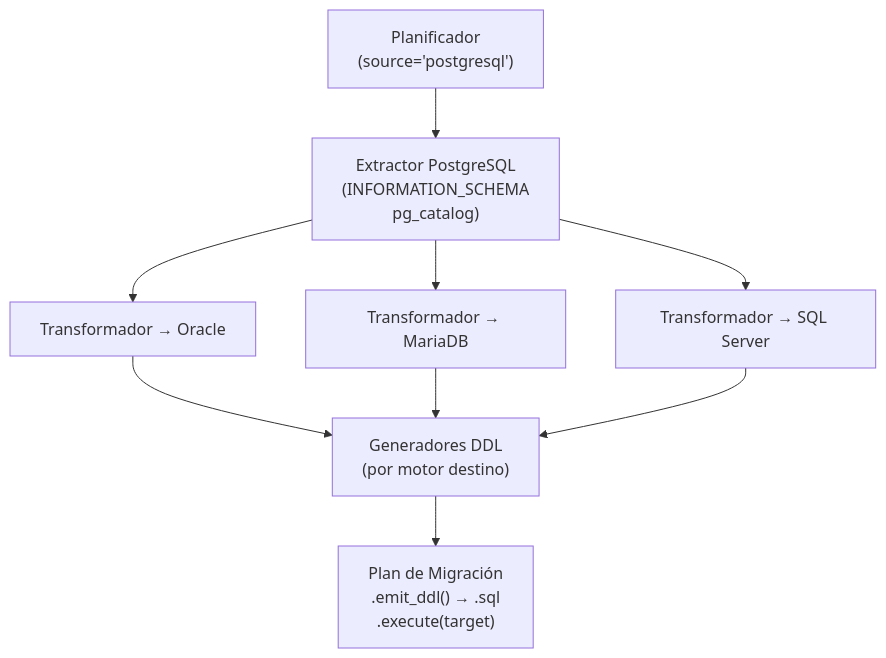
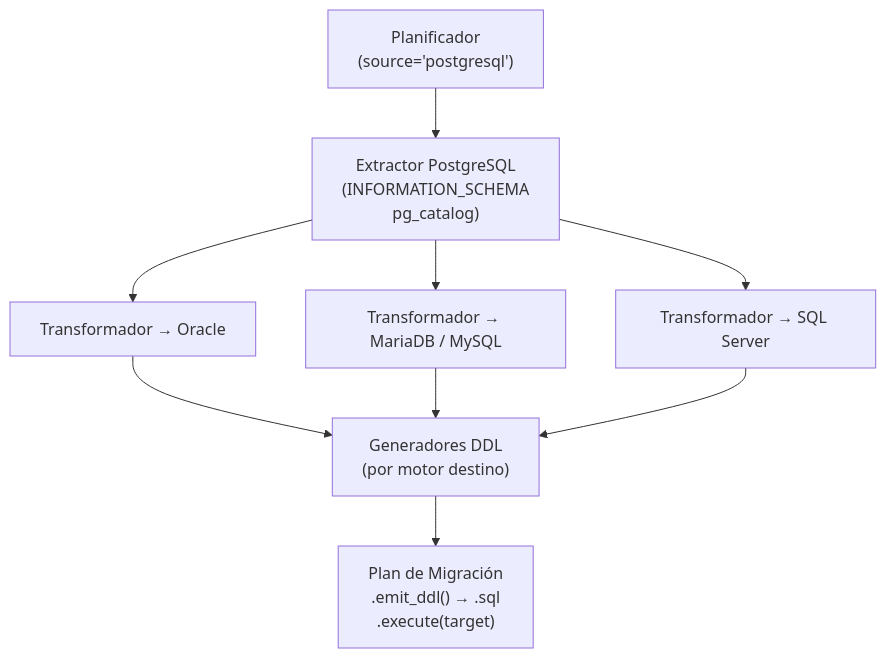
Before and after one commit to fmanza/util_bbdd: the diagram in docs/functional/migrate_postgresql_source.md, drawn with Mermaid. The commit also changed other lines of this file and 15 other files, not shown here.

````diff
--- a/docs/functional/migrate_postgresql_source.md
+++ b/docs/functional/migrate_postgresql_source.md
@@ -30,15 +30,15 @@
 ```mermaid
 flowchart TD
     PL["Planificador\n(source='postgresql')"]
     EX["Extractor PostgreSQL\n(INFORMATION_SCHEMA\npg_catalog)"]
     TR_OR["Transformador → Oracle"]
-    TR_MB["Transformador → MariaDB"]
+    TR_MB["Transformador → MariaDB / MySQL"]
     TR_SS["Transformador → SQL Server"]
     EM["Generadores DDL\n(por motor destino)"]
     OUT["Plan de Migración\n.emit_ddl() → .sql\n.execute(target)"]
 
     PL --> EX
     EX --> TR_OR & TR_MB & TR_SS
     TR_OR & TR_MB & TR_SS --> EM
     EM --> OUT
 ```
````
